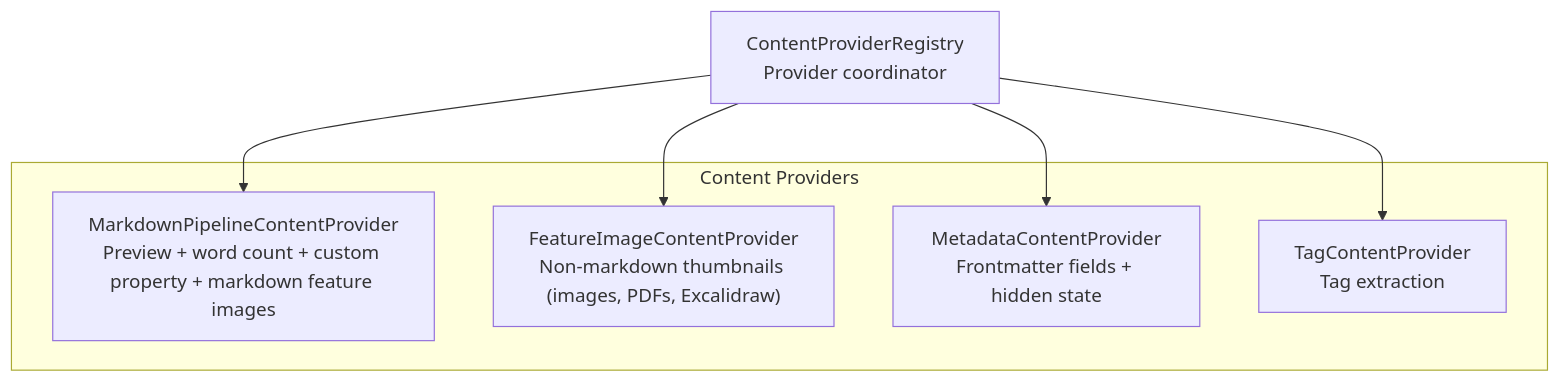
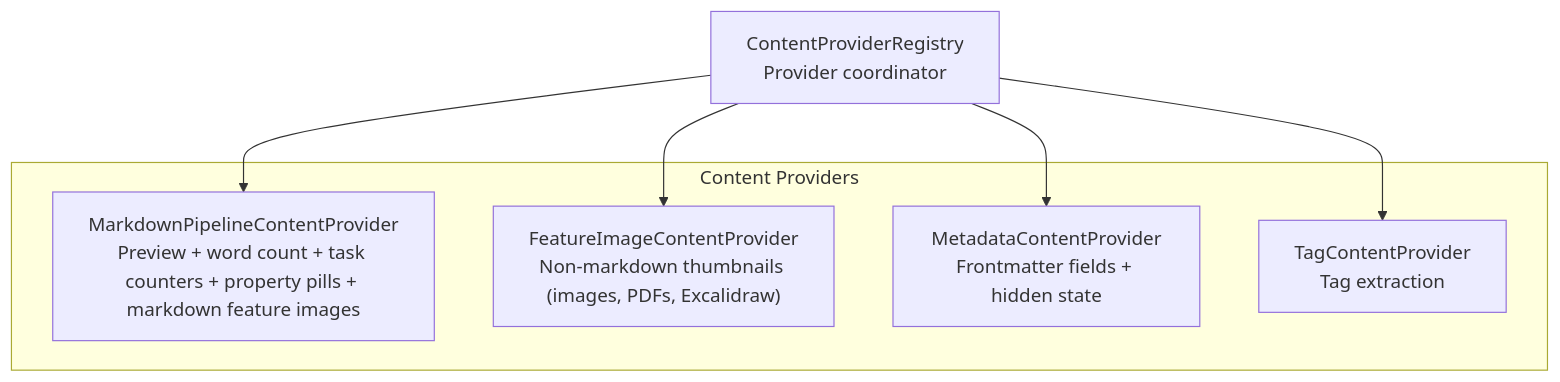
One commit to vroablec/notebook-navigator changed the fourth of 4 diagrams in docs/service-architecture.md. Above: the diagram before and after it, drawn with Mermaid. The commit also changed other lines of this file and 5 other files, not shown here.

````diff
--- a/docs/service-architecture.md
+++ b/docs/service-architecture.md
@@ -155,16 +162,16 @@
 ```mermaid
 graph TB
     ContentRegistry["ContentProviderRegistry<br/>Provider coordinator"]
 
     subgraph "Content Providers"
-        MarkdownPipelineProvider["MarkdownPipelineContentProvider<br/>Preview + word count + custom property + markdown feature images"]
+        MarkdownPipelineProvider["MarkdownPipelineContentProvider<br/>Preview + word count + task counters + property pills + markdown feature images"]
         FileThumbnailsProvider["FeatureImageContentProvider<br/>Non-markdown thumbnails (images, PDFs, Excalidraw)"]
         MetadataProvider["MetadataContentProvider<br/>Frontmatter fields + hidden state"]
         TagProvider["TagContentProvider<br/>Tag extraction"]
     end
 
     ContentRegistry --> MarkdownPipelineProvider
     ContentRegistry --> FileThumbnailsProvider
     ContentRegistry --> MetadataProvider
     ContentRegistry --> TagProvider
 ```
````
